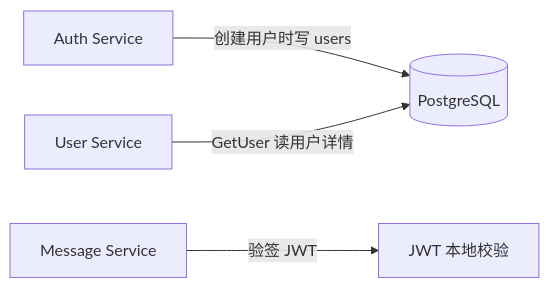
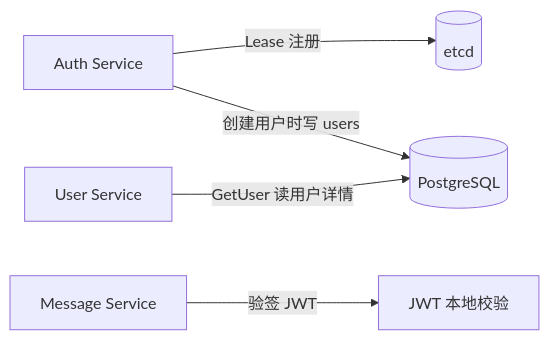
Before and after one commit to HappyLadySauce/Beehive-IM: the eighth of 8 diagrams in docs/auth/DESIGN.md, drawn with Mermaid. The commit also changed other lines of this file and 3 other files, not shown here.

````diff
--- a/docs/auth/DESIGN.md
+++ b/docs/auth/DESIGN.md
@@ -473,10 +476,11 @@
 ```mermaid
 flowchart LR
     Auth[Auth Service]
     User[User Service]
     Msg[Message Service]
 
+    Auth -->|Lease 注册| Etcd[(etcd)]
     Auth -->|创建用户时写 users| PG[(PostgreSQL)]
     User -->|GetUser 读用户详情| PG
     Msg -->|验签 JWT| JWT[JWT 本地校验]
 ```
````
